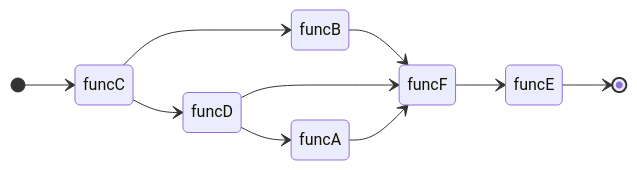
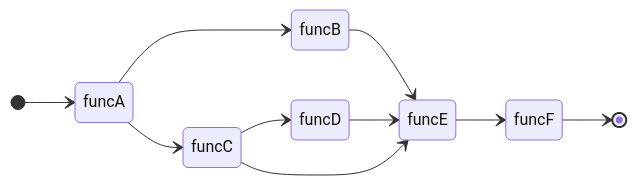
Before and after one commit to ricosjp/dagstream: the diagram in README.md, drawn with Mermaid. The commit also changed other lines of this file, not shown here.

Commit message:
[fix] fix code samples in README

````diff
--- a/README.md
+++ b/README.md
@@ -93,21 +93,20 @@
 ```mermaid
 
 stateDiagram
     direction LR
-    state "funcC" as state_0
+    state "funcE" as state_0
     state "funcB" as state_1
-    state "funcD" as state_2
-    state "funcA" as state_3
-    state "funcF" as state_4
-    state "funcE" as state_5
-    [*] --> state_0
-    state_0 --> state_1
+    state "funcF" as state_2
+    state "funcD" as state_3
+    state "funcC" as state_4
+    state "funcA" as state_5
     state_0 --> state_2
-    state_1 --> state_4
-    state_2 --> state_3
-    state_2 --> state_4
-    state_3 --> state_4
-    state_4 --> state_5
-    state_5 --> [*]
-
+    state_1 --> state_0
+    state_2 --> [*]
+    state_3 --> state_0
+    state_4 --> state_0
+    state_4 --> state_3
+    [*] --> state_5
+    state_5 --> state_4
+    state_5 --> state_1
 ```
````
